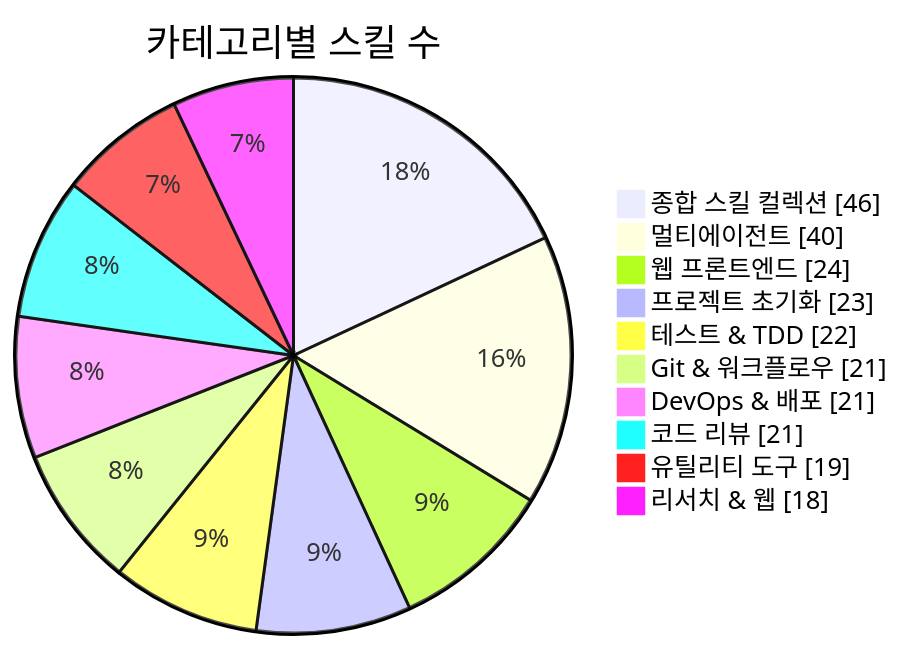
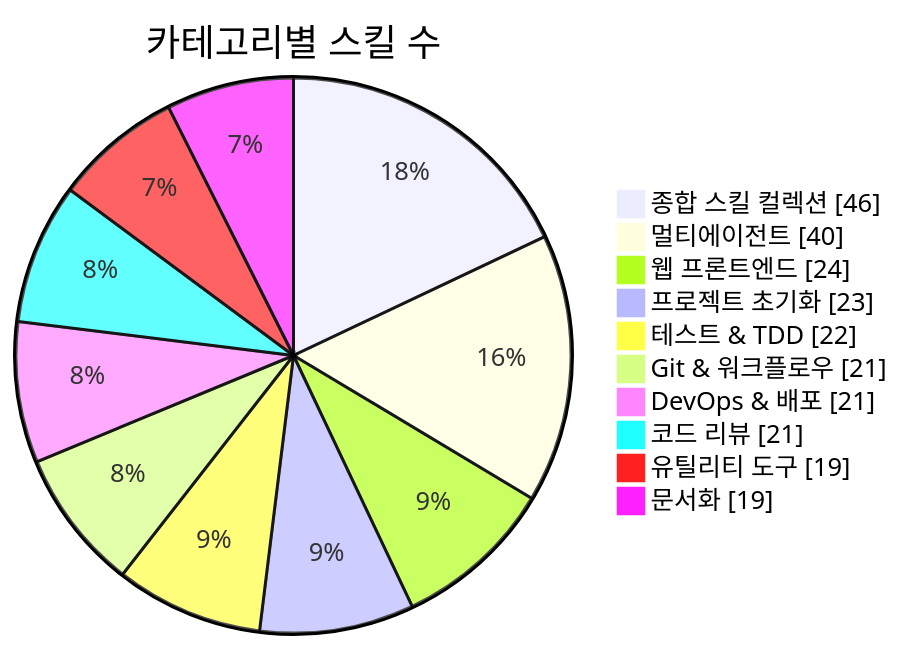
One commit to J-nowcow/awesome-korean-agent-skills changed the first of 3 diagrams in README.md. Above: the diagram before and after it, drawn with Mermaid. The commit also changed other lines of this file and 4 other files, not shown here.

````diff
--- a/README.md
+++ b/README.md
@@ -176,14 +176,14 @@
 ```mermaid
 pie showData
     title 카테고리별 스킬 수
     "종합 스킬 컬렉션" : 46
     "멀티에이전트" : 40
     "웹 프론트엔드" : 24
     "프로젝트 초기화" : 23
     "테스트 & TDD" : 22
     "Git & 워크플로우" : 21
     "DevOps & 배포" : 21
     "코드 리뷰" : 21
     "유틸리티 도구" : 19
-    "리서치 & 웹" : 18
+    "문서화" : 19
 ```
````
